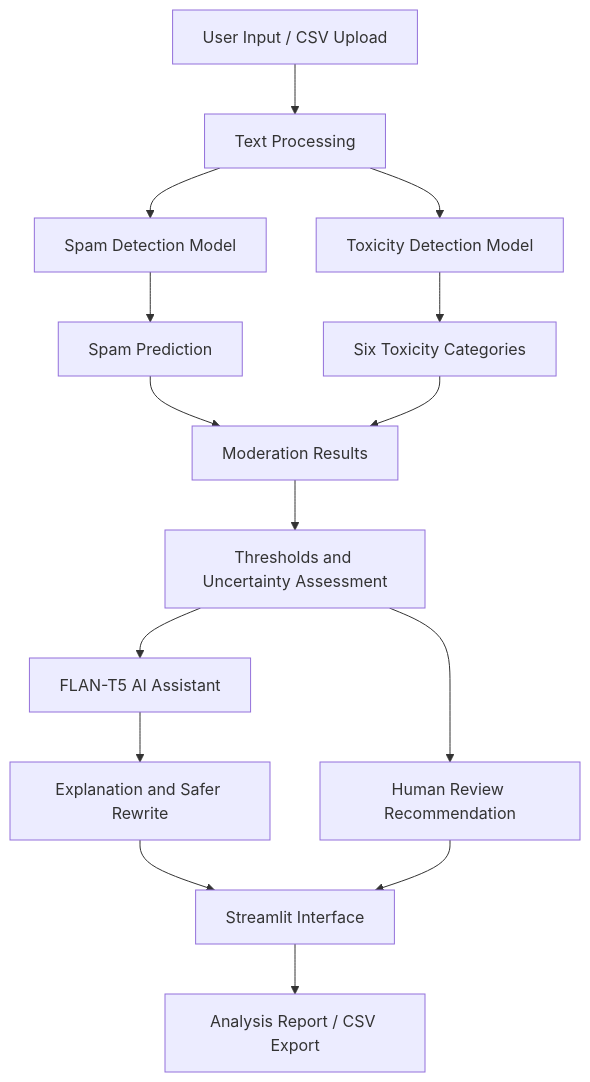
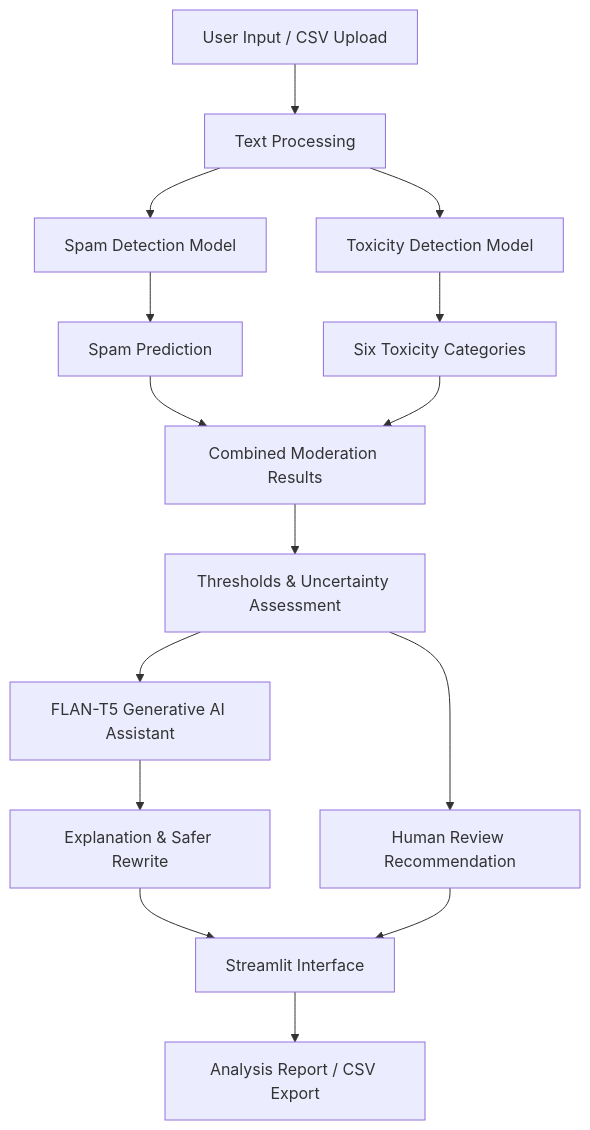
One commit to deepak-kumar-da/smart-comment-classifier changed the diagram in README.md. Above: the diagram before and after it, drawn with Mermaid. The commit also changed other lines of this file, not shown here.

````diff
--- a/README.md
+++ b/README.md
@@ -122,25 +125,26 @@
 ```mermaid
 flowchart TD
-    A[User Input / CSV Upload] --> B[Text Processing]
+    A["User Input / CSV Upload"] --> B["Text Processing"]
 
-    B --> C[Spam Detection Model]
-    B --> D[Toxicity Detection Model]
+    B --> C["Spam Detection Model"]
+    B --> D["Toxicity Detection Model"]
 
-    C --> E[Spam Prediction]
-    D --> F[Six Toxicity Categories]
+    C --> E["Spam Prediction"]
+    D --> F["Six Toxicity Categories"]
 
-    E --> G[Moderation Results]
+    E --> G["Combined Moderation Results"]
     F --> G
 
-    G --> H[Thresholds and Uncertainty Assessment]
+    G --> H["Thresholds & Uncertainty Assessment"]
 
-    H --> I[FLAN-T5 AI Assistant]
+    H --> I["FLAN-T5 Generative AI Assistant"]
 
-    I --> J[Explanation and Safer Rewrite]
+    I --> J["Explanation & Safer Rewrite"]
 
-    H --> K[Human Review Recommendation]
-    J --> L[Streamlit Interface]
+    H --> K["Human Review Recommendation"]
+
+    J --> L["Streamlit Interface"]
     K --> L
 
-    L --> M[Analysis Report / CSV Export]
+    L --> M["Analysis Report / CSV Export"]
 ```
````
